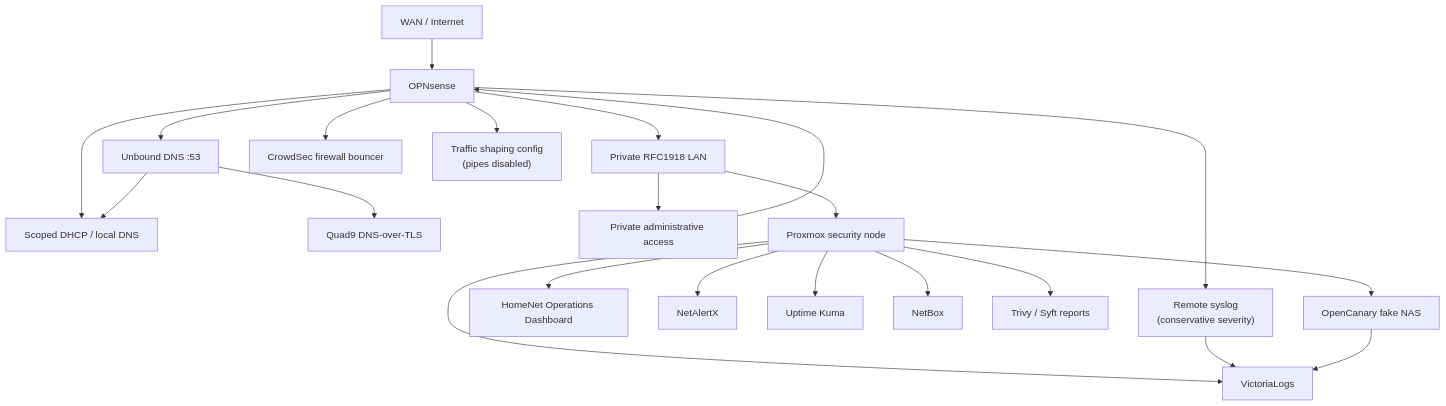
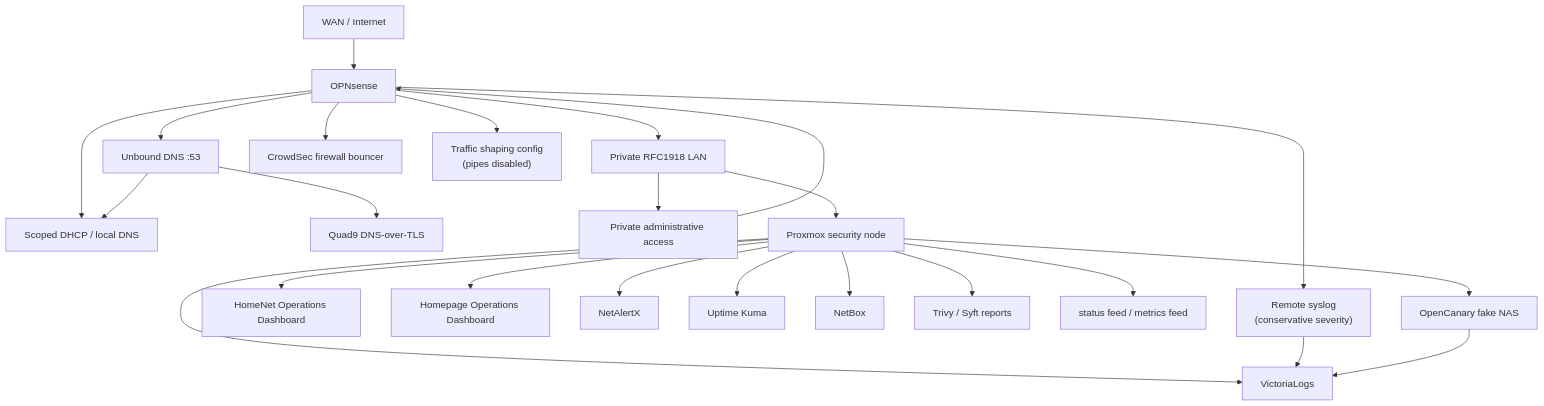
One commit to srkyn/home-network-security changed the diagram in docs/architecture.md. Above: the diagram before and after it, drawn with Mermaid. The commit also changed other lines of this file and 15 other files, not shown here.

````diff
--- a/docs/architecture.md
+++ b/docs/architecture.md
@@ -33,24 +34,26 @@
 ```mermaid
 flowchart TD
     WAN["WAN / Internet"] --> FW["OPNsense"]
     FW --> LAN["Private RFC1918 LAN"]
     FW --> UNBOUND["Unbound DNS :53"]
     FW --> DNSMASQ["Scoped DHCP / local DNS"]
     FW --> CROWDSEC["CrowdSec firewall bouncer"]
     FW --> SHAPER["Traffic shaping config<br/>(pipes disabled)"]
     FW --> SYSLOG["Remote syslog<br/>(conservative severity)"]
     UNBOUND --> QUAD9["Quad9 DNS-over-TLS"]
     UNBOUND --> DNSMASQ
     LAN --> MGMT["Private administrative access"]
     MGMT --> FW
     LAN --> PVE["Proxmox security node"]
     PVE --> DASH["HomeNet Operations Dashboard"]
+    PVE --> HOME["Homepage Operations Dashboard"]
     PVE --> LOGS["VictoriaLogs"]
     PVE --> ALERTX["NetAlertX"]
     PVE --> KUMA["Uptime Kuma"]
     PVE --> NETBOX["NetBox"]
     PVE --> REPORTS["Trivy / Syft reports"]
+    PVE --> STATUS["status feed / metrics feed"]
     PVE --> CANARY["OpenCanary fake NAS"]
     SYSLOG --> LOGS
     CANARY --> LOGS
 ```
````
